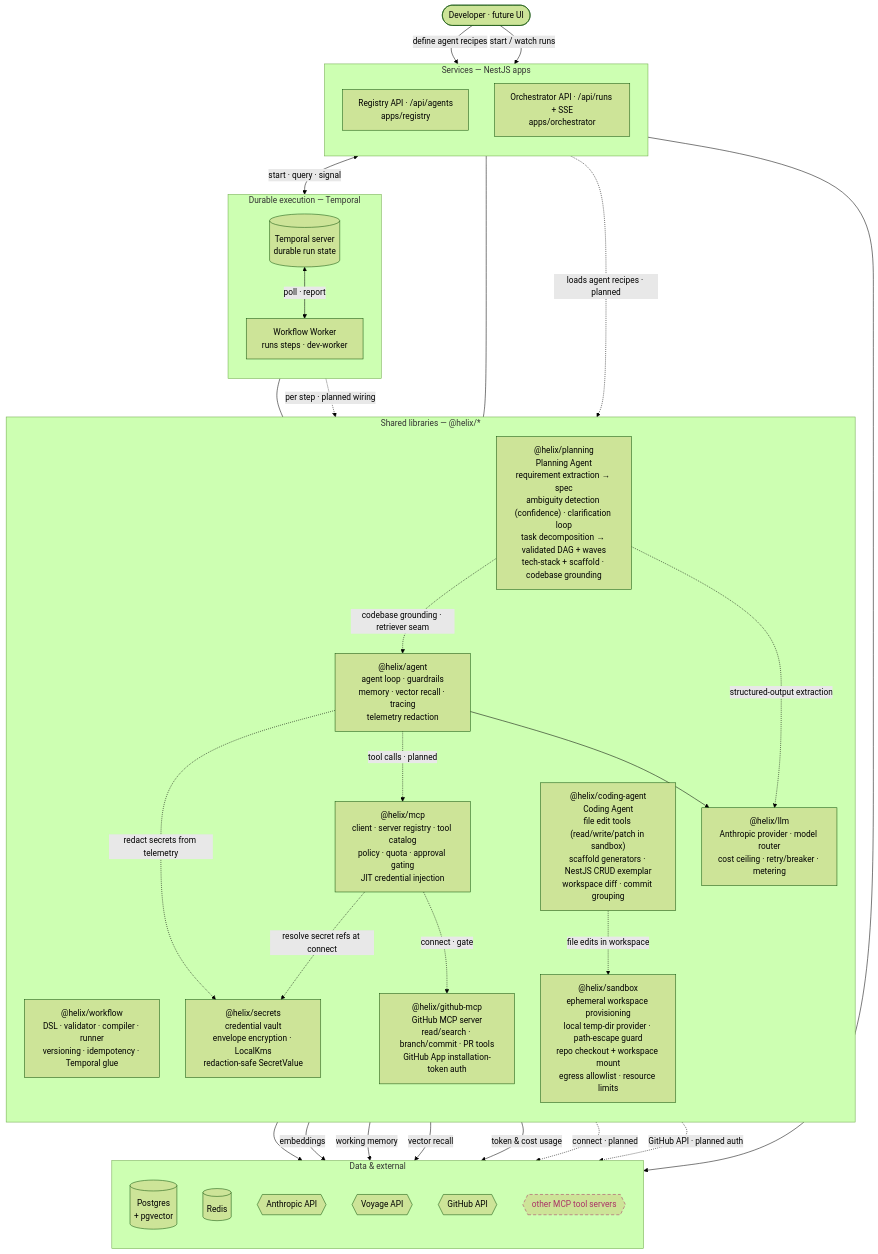
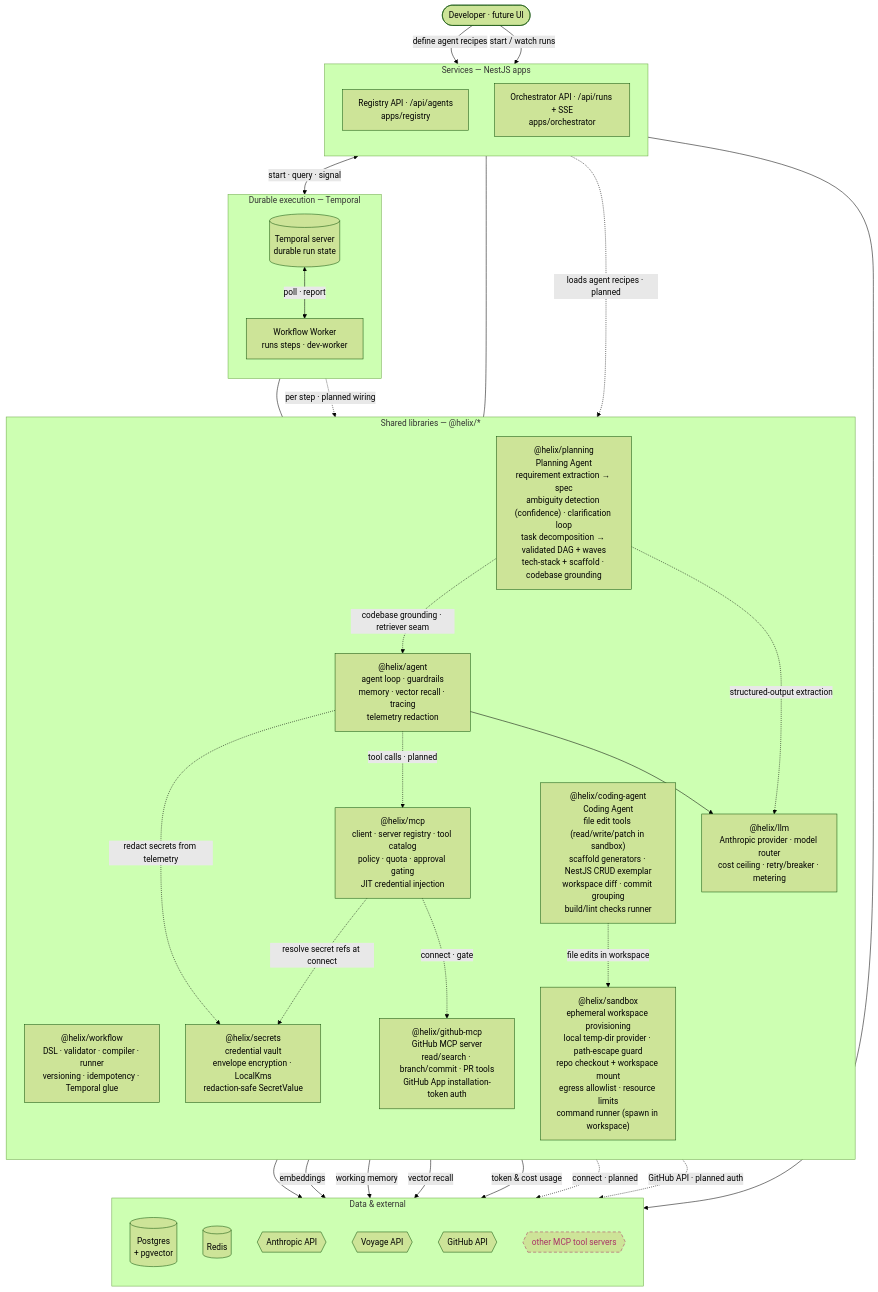
Before and after one commit to shhashhank/helix: the first of 2 diagrams in docs/ARCHITECTURE.md, drawn with Mermaid (forest theme). The commit also changed 7 other files, not shown here.

First line of the commit message:
HELIX-106: build/lint runner in sandbox (#68)

````diff
--- a/docs/ARCHITECTURE.md
+++ b/docs/ARCHITECTURE.md
@@ -16,67 +16,67 @@
 ```mermaid
 flowchart TB
   user([Developer · future UI])
 
   subgraph svc["Services — NestJS apps"]
     direction TB
     reg["Registry API · /api/agents<br/>apps/registry"]
     orc["Orchestrator API · /api/runs + SSE<br/>apps/orchestrator"]
   end
 
   subgraph dur["Durable execution — Temporal"]
     direction TB
     tmp[("Temporal server<br/>durable run state")]
     wkr["Workflow Worker<br/>runs steps · dev-worker"]
   end
 
   subgraph lib["Shared libraries — @helix/*"]
     direction TB
     wf["@helix/workflow<br/>DSL · validator · compiler · runner<br/>versioning · idempotency · Temporal glue"]
     ag["@helix/agent<br/>agent loop · guardrails<br/>memory · vector recall · tracing<br/>telemetry redaction"]
     lm["@helix/llm<br/>Anthropic provider · model router<br/>cost ceiling · retry/breaker · metering"]
     mc["@helix/mcp<br/>client · server registry · tool catalog<br/>policy · quota · approval gating<br/>JIT credential injection"]
     gh["@helix/github-mcp<br/>GitHub MCP server<br/>read/search · branch/commit · PR tools<br/>GitHub App installation-token auth"]
     sec["@helix/secrets<br/>credential vault<br/>envelope encryption · LocalKms<br/>redaction-safe SecretValue"]
     pl["@helix/planning<br/>Planning Agent<br/>requirement extraction → spec<br/>ambiguity detection (confidence) · clarification loop<br/>task decomposition → validated DAG + waves<br/>tech-stack + scaffold · codebase grounding"]
-    sbx["@helix/sandbox<br/>ephemeral workspace provisioning<br/>local temp-dir provider · path-escape guard<br/>repo checkout + workspace mount<br/>egress allowlist · resource limits"]
-    cag["@helix/coding-agent<br/>Coding Agent<br/>file edit tools (read/write/patch in sandbox)<br/>scaffold generators · NestJS CRUD exemplar<br/>workspace diff · commit grouping"]
+    sbx["@helix/sandbox<br/>ephemeral workspace provisioning<br/>local temp-dir provider · path-escape guard<br/>repo checkout + workspace mount<br/>egress allowlist · resource limits<br/>command runner (spawn in workspace)"]
+    cag["@helix/coding-agent<br/>Coding Agent<br/>file edit tools (read/write/patch in sandbox)<br/>scaffold generators · NestJS CRUD exemplar<br/>workspace diff · commit grouping<br/>build/lint checks runner"]
   end
 
   subgraph dat["Data & external"]
     direction TB
     pg[("Postgres<br/>+ pgvector")]
     rd[("Redis")]
     an{{Anthropic API}}
     vo{{Voyage API}}
     gha{{GitHub API}}
     ext{{other MCP tool servers}}
   end
 
   user -->|define agent recipes| reg
   user -->|start / watch runs| orc
   reg --> pg
   orc <-->|start · query · signal| tmp
   tmp <-->|poll · report| wkr
   wkr --- wf
   orc --- wf
   wkr -.->|per step · planned wiring| ag
   reg -.->|loads agent recipes · planned| ag
   ag --> lm
   ag -.->|tool calls · planned| mc
   lm --> an
   ag -->|embeddings| vo
   ag -->|working memory| rd
   ag -->|vector recall| pg
   lm -->|token & cost usage| pg
   mc -.->|connect · gate| gh
   mc -.->|connect · planned| ext
   mc -.->|resolve secret refs at connect| sec
   ag -.->|redact secrets from telemetry| sec
   pl -.->|structured-output extraction| lm
   pl -.->|codebase grounding · retriever seam| ag
   cag -.->|file edits in workspace| sbx
   gh -.->|GitHub API · planned auth| gha
 
   classDef planned stroke-dasharray:6 4,stroke:#a36,color:#a36;
   class ext planned;
 ```
````
